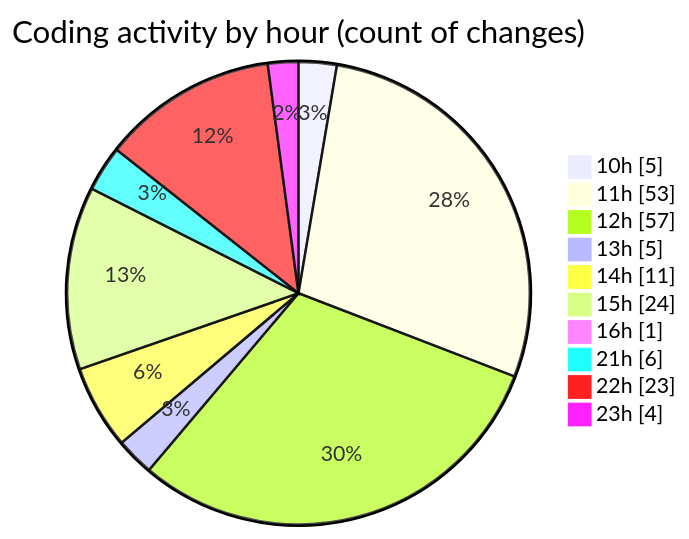
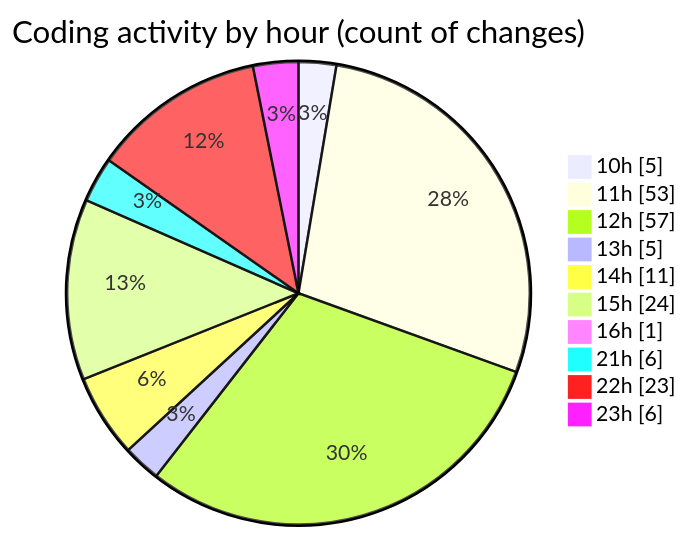
One commit to momahboobian/code-tracking changed the second of 2 diagrams in 2025-06-17/cda/README.md. Above: the diagram before and after it, drawn with Mermaid. The commit also changed other lines of this file and 4 other files, not shown here.

````diff
--- a/2025-06-17/cda/README.md
+++ b/2025-06-17/cda/README.md
@@ -61,14 +61,14 @@
 ```mermaid
 pie showData
 title Coding activity by hour (count of changes)
 "10h" : 5
 "11h" : 53
 "12h" : 57
 "13h" : 5
 "14h" : 11
 "15h" : 24
 "16h" : 1
 "21h" : 6
 "22h" : 23
-"23h" : 4
+"23h" : 6
 ```
````
